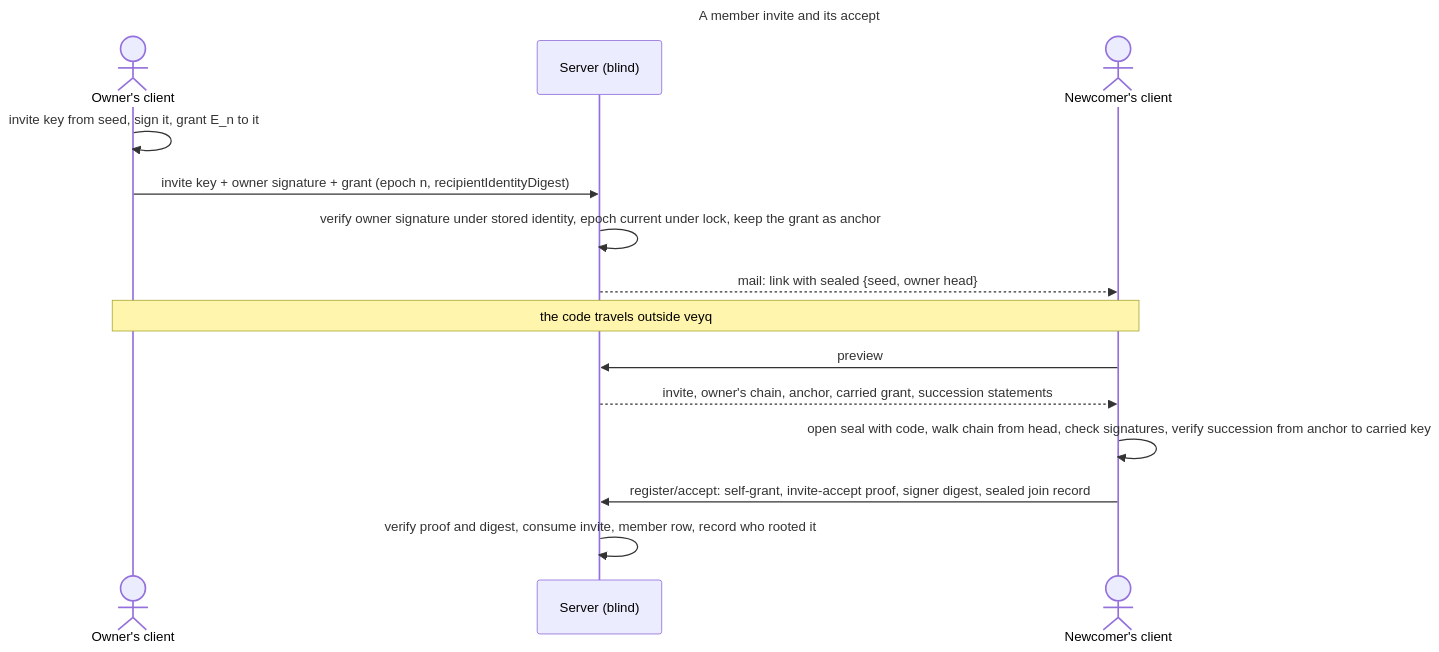
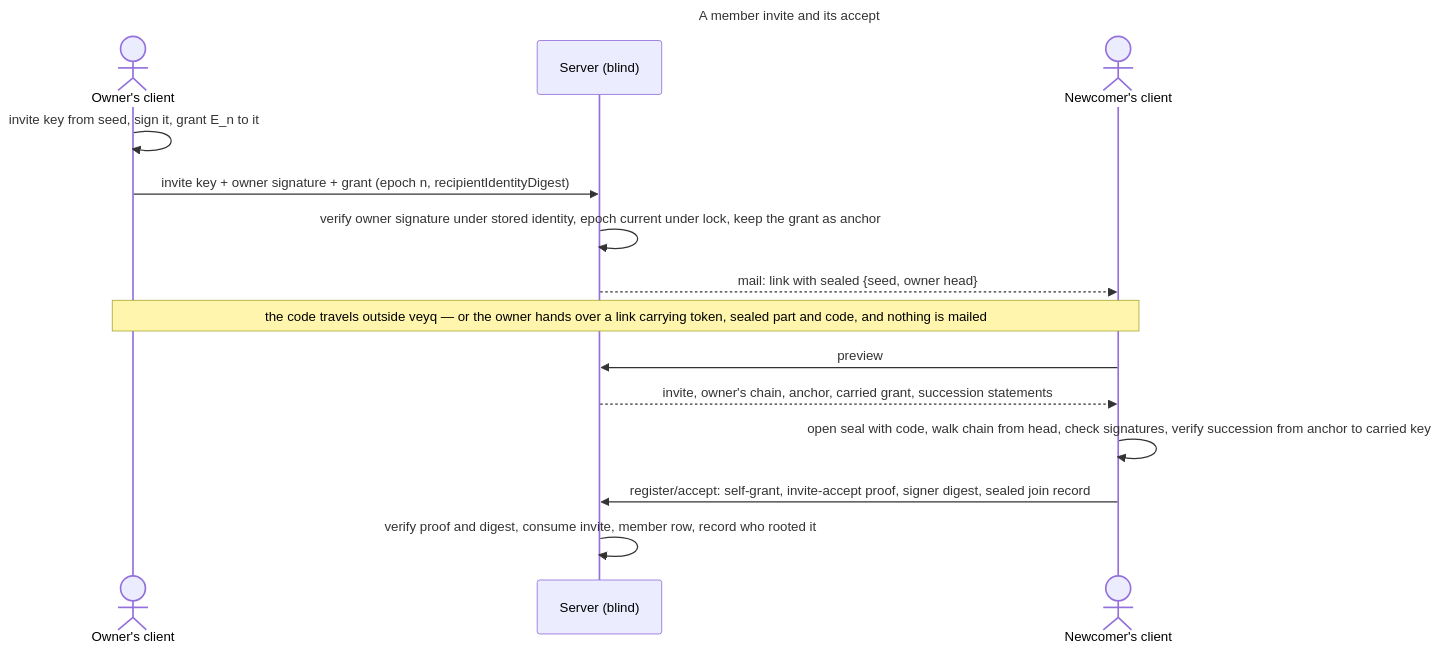
The second of 2 diagrams in docs/crosscutting/keys-grants-and-trust.md (raddatzk/veyq), drawn with Mermaid before and after one commit. The commit also changed other lines of this file and 21 other files, not shown here.

````diff
--- a/docs/crosscutting/keys-grants-and-trust.md
+++ b/docs/crosscutting/keys-grants-and-trust.md
@@ -189,19 +192,19 @@
 ```mermaid
 ---
 title: A member invite and its accept
 ---
 sequenceDiagram
   actor O as Owner's client
   participant S as Server (blind)
   actor N as Newcomer's client
   O->>O: invite key from seed, sign it, grant E_n to it
   O->>S: invite key + owner signature + grant (epoch n, recipientIdentityDigest)
   S->>S: verify owner signature under stored identity, epoch current under lock, keep the grant as anchor
   S-->>N: mail: link with sealed {seed, owner head}
-  Note over O,N: the code travels outside veyq
+  Note over O,N: the code travels outside veyq — or the owner hands over a link carrying token, sealed part and code, and nothing is mailed
   N->>S: preview
   S-->>N: invite, owner's chain, anchor, carried grant, succession statements
   N->>N: open seal with code, walk chain from head, check signatures, verify succession from anchor to carried key
   N->>S: register/accept: self-grant, invite-accept proof, signer digest, sealed join record
   S->>S: verify proof and digest, consume invite, member row, record who rooted it
 ```
````
